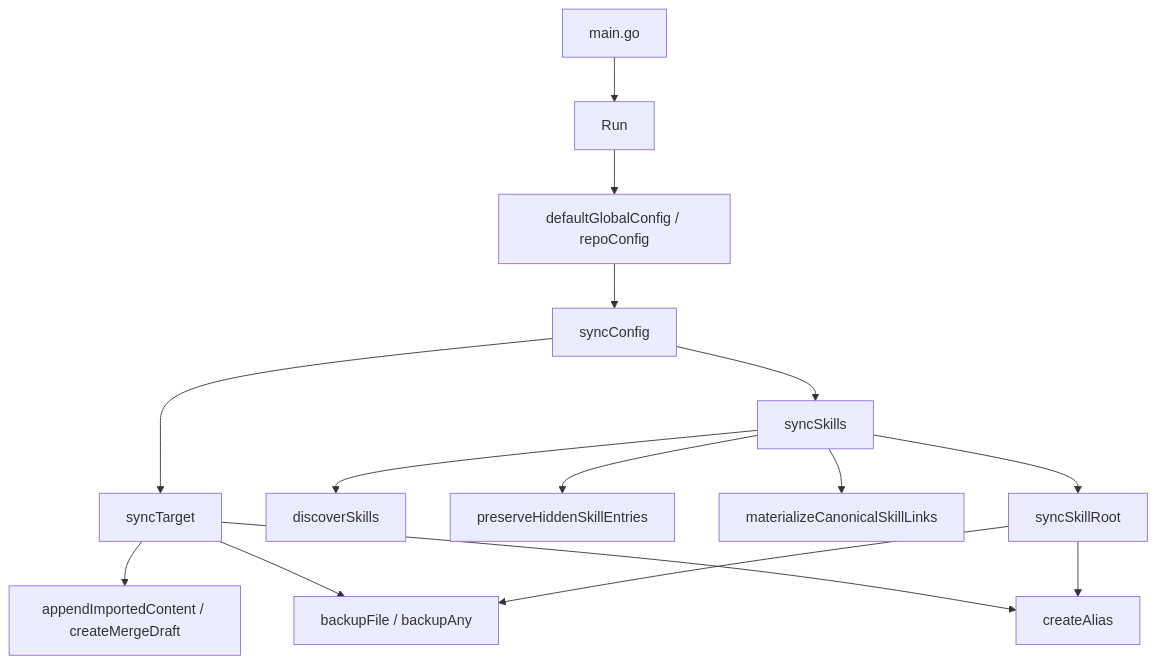
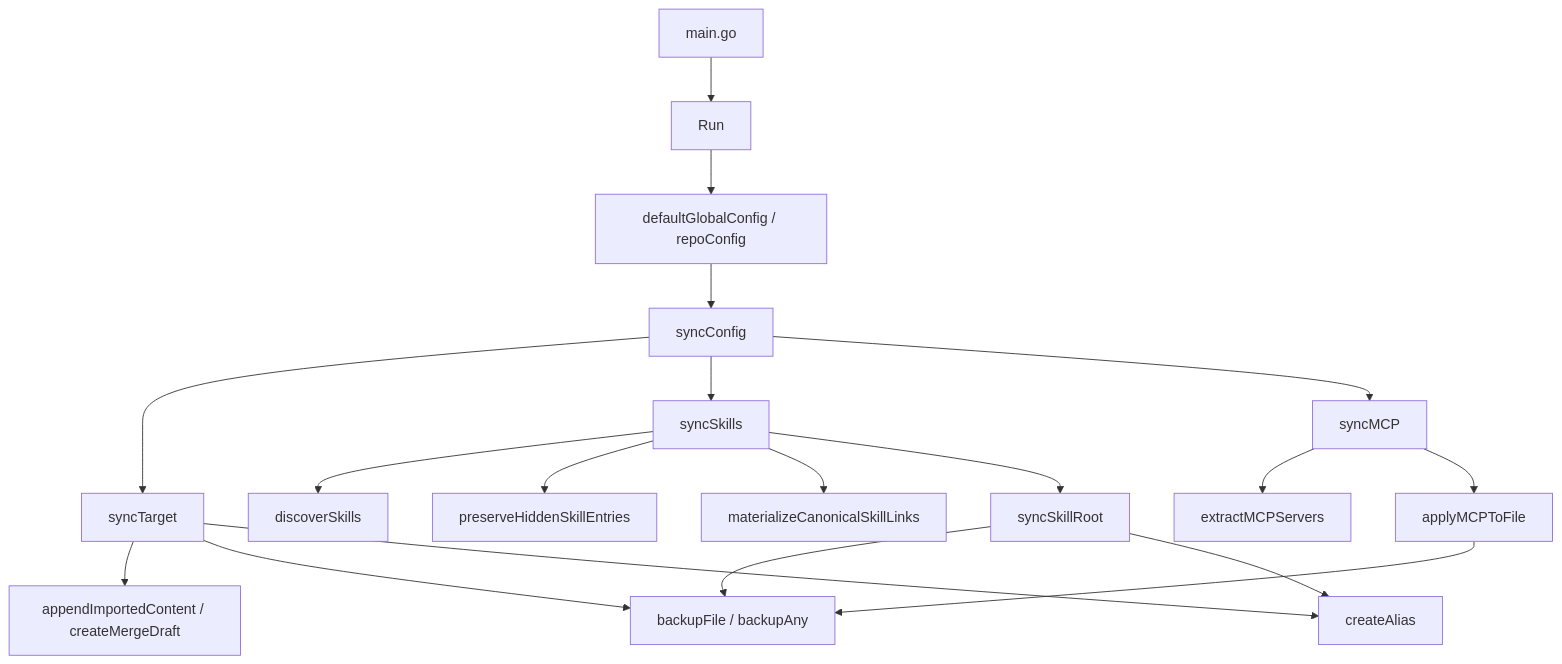
The first of 2 diagrams in docs/AGENTSYNC_KNOWLEDGE_BASE.md (x0c/agentsync), drawn with Mermaid before and after one commit. The commit also changed other lines of this file and 20 other files, not shown here.

````diff
--- a/docs/AGENTSYNC_KNOWLEDGE_BASE.md
+++ b/docs/AGENTSYNC_KNOWLEDGE_BASE.md
@@ -38,17 +40,21 @@
 ```mermaid
 flowchart TD
     CLI[main.go] --> Run[Run]
     Run --> Config[defaultGlobalConfig / repoConfig]
     Config --> Sync[syncConfig]
     Sync --> Target[syncTarget]
     Sync --> Skills[syncSkills]
+    Sync --> MCP[syncMCP]
     Target --> Merge[appendImportedContent / createMergeDraft]
     Target --> Backup[backupFile / backupAny]
     Target --> Alias[createAlias]
     Skills --> Discover[discoverSkills]
     Skills --> Preserve[preserveHiddenSkillEntries]
     Skills --> Materialize[materializeCanonicalSkillLinks]
     Skills --> Root[syncSkillRoot]
+    MCP --> Extract[extractMCPServers]
+    MCP --> Apply[applyMCPToFile]
     Root --> Backup
     Root --> Alias
+    Apply --> Backup
 ```
````
